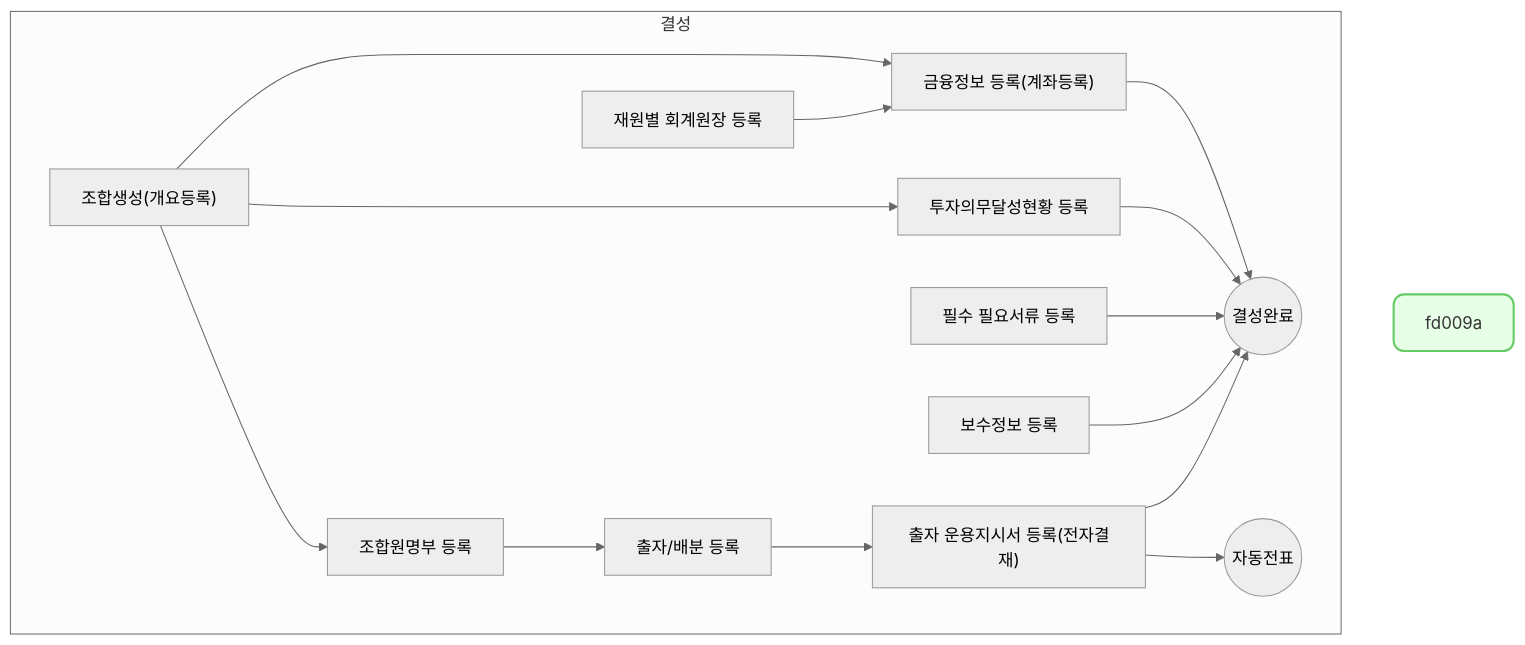
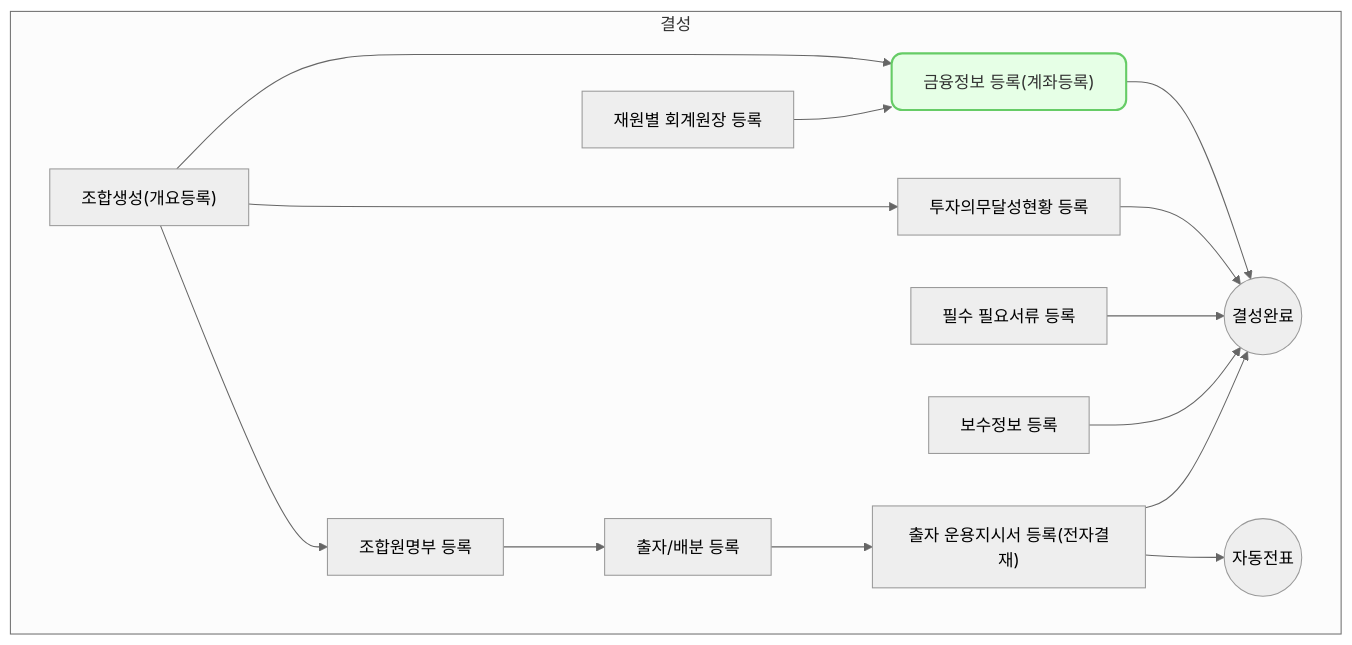
The diagram in _posts/2024-07-05-fd0009a.md (cotes2020/jekyll-theme-chirpy), drawn with Mermaid (neutral theme) before and after one commit. The commit also changed 26 other files, not shown here.

````diff
--- a/_posts/2024-07-05-fd0009a.md
+++ b/_posts/2024-07-05-fd0009a.md
@@ -47,73 +47,73 @@
 ```mermaid
 flowchart TD
 
     subgraph 결성["결성"]
         fd0001["조합생성(개요등록)"]
         %% fd0009["조합개요등록"]
         fd0010["투자의무달성현황 등록"]
         fd0011["조합원명부 등록"]
         fm0010["재원별 회계원장 등록"]
         fd0009a["금융정보 등록(계좌등록)"]
         fd0013["필수 필요서류 등록"]
         fd0012["보수정보 등록"]
         fd0000(("결성완료"))
 
         
         %% fd0001 --> fd0001
         fd0001 --> fd0010
         fd0001 --> fd0011 
         fd0001 --> fd0009a 
         fm0010 --> fd0009a
 
 
         fd0009a-->fd0000
         fd0010-->fd0000
         fd0013-->fd0000
         fd0012-->fd0000
 
         fd0006["출자/배분 등록"]
         oi0002["출자 운용지시서 등록(전자결재)"]
         fm0001a(("자동전표"))
 
         %% fd0000 --> fd0006
         fd0011 --> fd0006
         fd0006 --> oi0002 
         oi0002 --> fm0001a
         oi0002 --> fd0000
 
     end
 
     
 click hr0001 "{% post_url 2024-07-02-hr0001 %}" " "
 click hr0002 "{% post_url 2024-07-02-hr0002 %}" " "
 click hr0007 "{% post_url 2024-07-02-hr0007 %}" " "
 click se0005 "{% post_url 2024-07-02-se0005 %}" " "
 click se0003 "{% post_url 2024-07-03-se0003 %}" " "
 click fd0001 "{% post_url 2024-07-04-fd0001 %}" " "
 click fd0010 "{% post_url 2024-07-04-fd0010 %}" " "
 click fd0011 "{% post_url 2024-07-04-fd0011 %}" " "
 click fm0010 "{% post_url 2024-07-04-fm0010 %}" " "
 click fd0009a "{% post_url 2024-07-05-fd0009a %}" " "
 click fd0013 "{% post_url 2024-07-05-fd0013 %}" " "
 click fd0012 "{% post_url 2024-07-06-fd0012 %}" " "
 click fd0006 "{% post_url 2024-07-07-fd0006 %}" " "
 click oi0002 "{% post_url 2024-07-07-oi0002 %}" " "
 click wr0003 "{% post_url 2024-07-09-wr0003 %}" " "
 click vs0003 "{% post_url 2024-07-10-vs0003 %}" " "
 click vs0006 "{% post_url 2024-07-11-vs0006 %}" " "
 click ed0001a "{% post_url 2024-07-12-ed0001a %}" " "
 click oi0003 "{% post_url 2024-07-13-oi0003 %}" " "
 click vs0009 "{% post_url 2024-07-14-vs0009 %}" " "
 click pm0001 "{% post_url 2024-07-15-pm0001 %}" " "
 click pm0004 "{% post_url 2024-07-16-pm0004 %}" " "
 click fm0002 "{% post_url 2024-07-17-fm0002 %}" " "
 click ex0001 "{% post_url 2024-07-18-ex0001 %}" " "
 click oi0001 "{% post_url 2024-07-19-oi0001 %}" " "
 click ex0007 "{% post_url 2024-07-20-ex0007 %}" " "
 click ex0009 "{% post_url 2024-07-21-ex0009 %}" " "
-click ex0009a "{% post_url 2024-07-22-ex0009 %}" " "
+click ex0009a "{% post_url 2024-07-22-ex0009a %}" " "
 click fm0002a "{% post_url 2024-07-23-fm0002 %}" " "
 
-style fd009a fill:#e6ffe6,stroke:#66cc66,stroke-width:2px,rx:10,ry:10,color:#333333,fontColor:#333333
+style fd0009a fill:#e6ffe6,stroke:#66cc66,stroke-width:2px,rx:10,ry:10,color:#333333,fontColor:#333333
 
 ```
````
